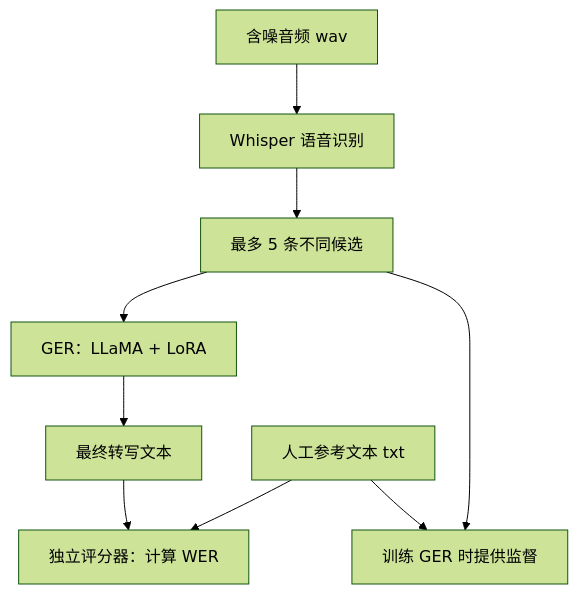
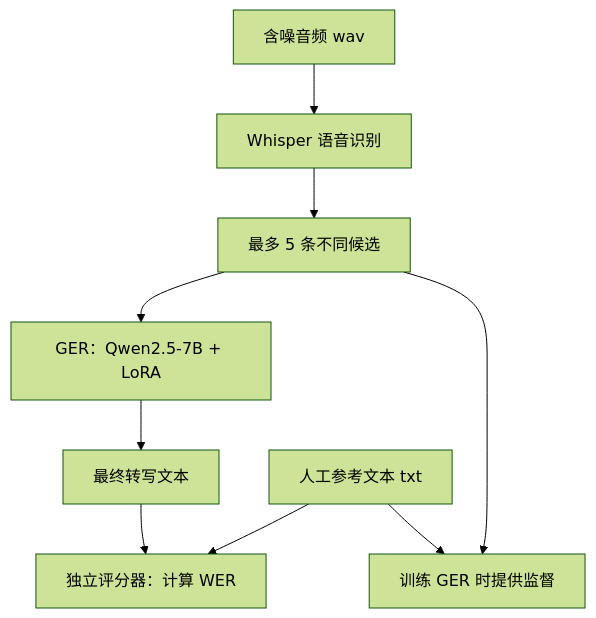
Before and after one commit to Zguoxu/Vanilla-GER: the first of 2 diagrams in docs/项目结构与代码学习指南.md, drawn with Mermaid (forest theme). The commit also changed other lines of this file and 95 other files, not shown here.

````diff
--- a/docs/项目结构与代码学习指南.md
+++ b/docs/项目结构与代码学习指南.md
@@ -11,11 +11,11 @@
 ```mermaid
 flowchart TD
     A[含噪音频 wav] --> B[Whisper 语音识别]
     B --> C[最多 5 条不同候选]
-    C --> D[GER：LLaMA + LoRA]
+    C --> D[GER：Qwen2.5-7B + LoRA]
     D --> E[最终转写文本]
     F[人工参考文本 txt] --> G[训练 GER 时提供监督]
     C --> G
     E --> H[独立评分器：计算 WER]
     F --> H
 ```
````
